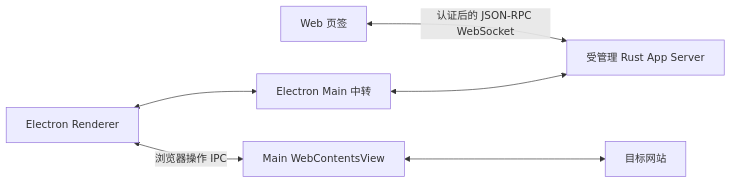
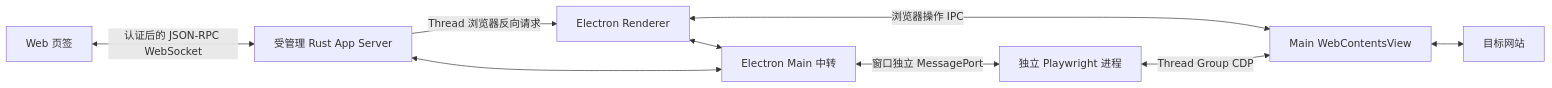
One commit to chogng/ash changed the diagram in app-ts/docs/design/app-server-connection.md. Above: the diagram before and after it, drawn with Mermaid. The commit also changed other lines of this file and 69 other files, not shown here.

````diff
--- a/app-ts/docs/design/app-server-connection.md
+++ b/app-ts/docs/design/app-server-connection.md
@@ -62,8 +62,11 @@
 ```mermaid
 flowchart LR
   W[Web 页签] <-->|认证后的 JSON-RPC WebSocket| B[受管理 Rust App Server]
   E[Electron Renderer] <--> M[Electron Main 中转]
   M <--> B
   E <-->|浏览器操作 IPC| V[Main WebContentsView]
+  B -->|Thread 浏览器反向请求| E
+  M <-->|窗口独立 MessagePort| P[独立 Playwright 进程]
+  P <-->|Thread Group CDP| V
   V <--> S[目标网站]
 ```
````
